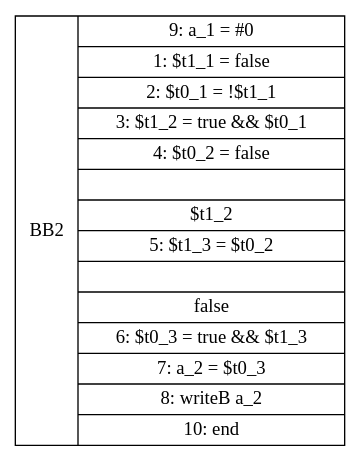
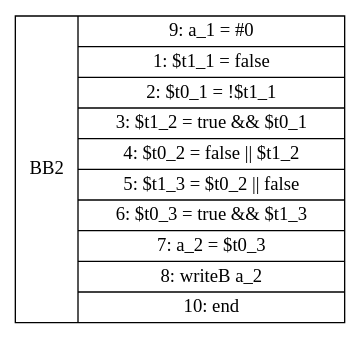
Before and after one commit to NitishM2022/MochaCompiler: the diagram in artifacts/graphs/test119.dot, drawn with Graphviz. The commit also changed 65 other files, not shown here.

Commit message:
fix: sanitize DOT labels and refresh graph artifacts

```diff
--- a/artifacts/graphs/test119.dot
+++ b/artifacts/graphs/test119.dot
@@ -1,3 +1,3 @@
 digraph G {
-bb2 [ shape = record , label = " <b > BB2 | {9: a_1 = #0 | 1: $t1_1 = false | 2: $t0_1 = !$t1_1 | 3: $t1_2 = true && $t0_1 | 4: $t0_2 = false || $t1_2 | 5: $t1_3 = $t0_2 || false | 6: $t0_3 = true && $t1_3 | 7: a_2 = $t0_3 | 8: writeB a_2 | 10: end}"];
+bb2 [ shape = record , label = "<b> BB2 | {9: a_1 = #0 | 1: $t1_1 = false | 2: $t0_1 = !$t1_1 | 3: $t1_2 = true && $t0_1 | 4: $t0_2 = false \|\| $t1_2 | 5: $t1_3 = $t0_2 \|\| false | 6: $t0_3 = true && $t1_3 | 7: a_2 = $t0_3 | 8: writeB a_2 | 10: end}"];
 }
```
